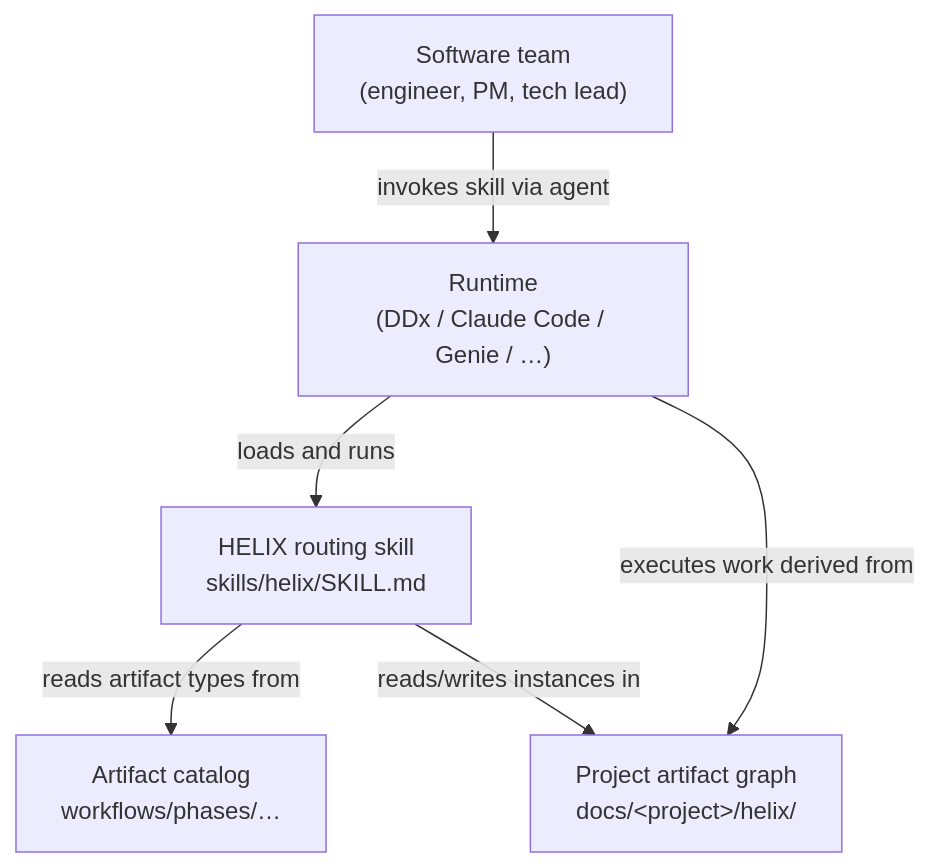
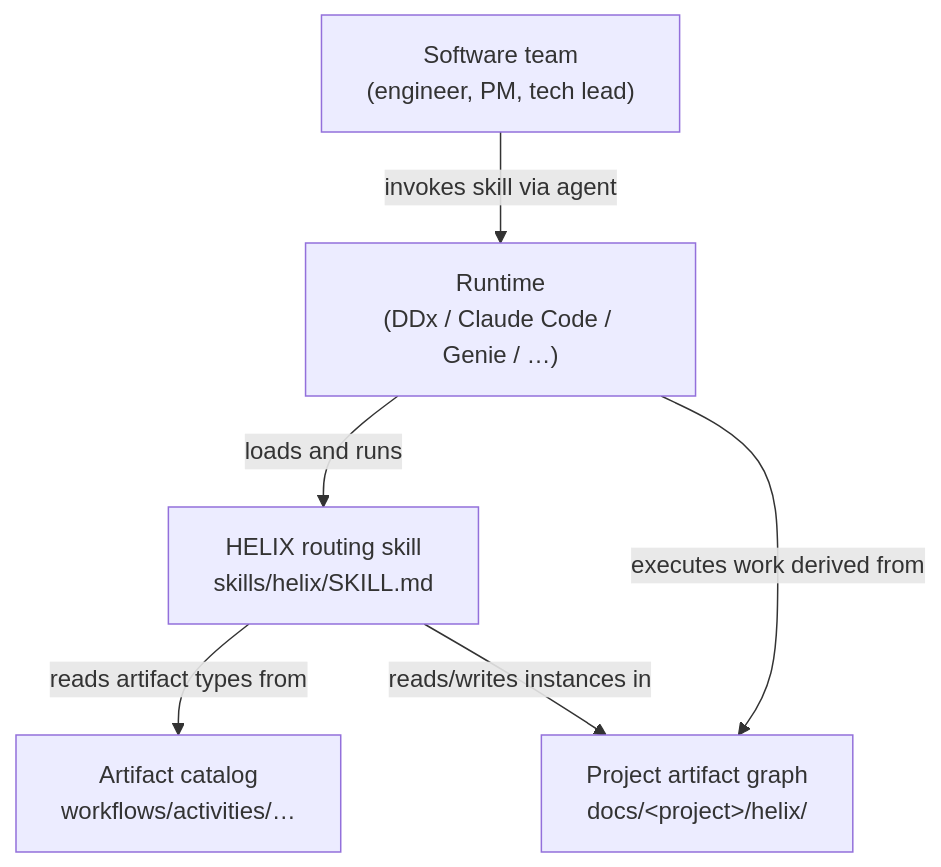
One commit to easel/helix changed the first of 2 diagrams in docs/helix/02-design/architecture.md. Above: the diagram before and after it, drawn with Mermaid. The commit also changed other lines of this file and 279 other files, not shown here.

First line of the commit message:
workflows: rename workflows/phases/ → workflows/activities/ directory

````diff
--- a/docs/helix/02-design/architecture.md
+++ b/docs/helix/02-design/architecture.md
@@ -31,14 +31,14 @@
 ```mermaid
 graph TB
     team["Software team<br/>(engineer, PM, tech lead)"]
     skill["HELIX routing skill<br/>skills/helix/SKILL.md"]
-    catalog["Artifact catalog<br/>workflows/phases/…"]
+    catalog["Artifact catalog<br/>workflows/activities/…"]
     artifacts["Project artifact graph<br/>docs/&lt;project&gt;/helix/"]
     runtime["Runtime<br/>(DDx / Claude Code / Genie / …)"]
 
     team -->|"invokes skill via agent"| runtime
     runtime -->|"loads and runs"| skill
     skill -->|"reads artifact types from"| catalog
     skill -->|"reads/writes instances in"| artifacts
     runtime -->|"executes work derived from"| artifacts
 ```
````
